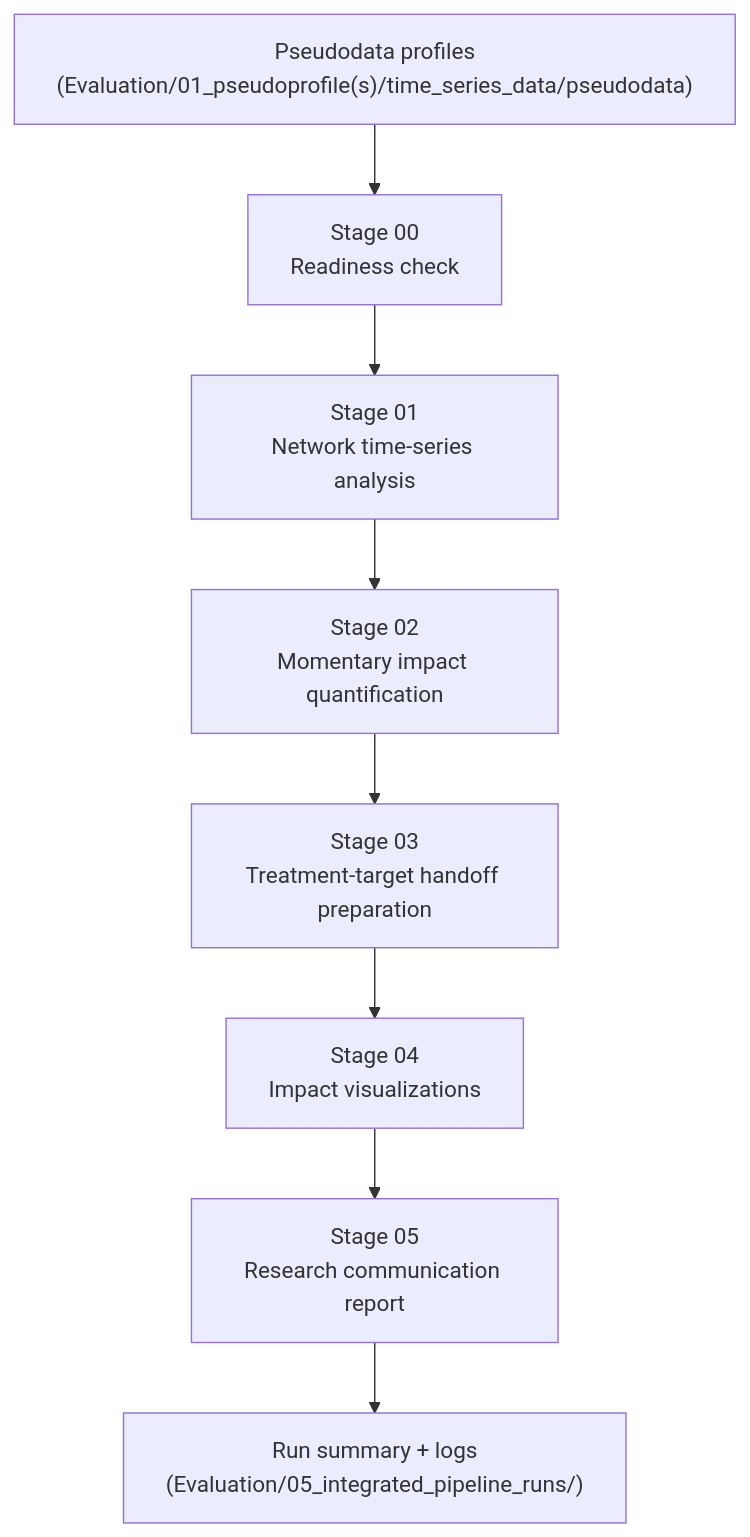
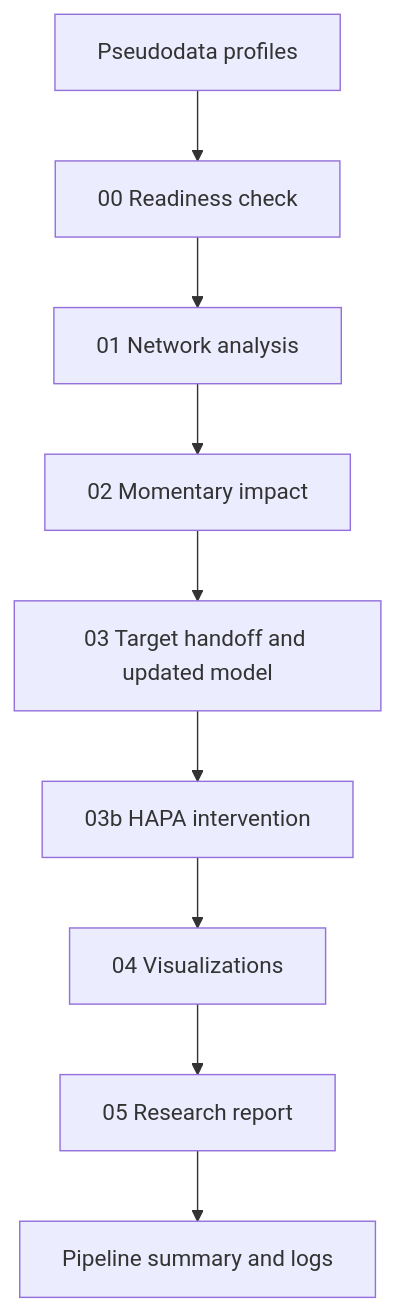
The diagram in Evaluation/00_pipeline_orchestration/README.md (stvsever/ThesisMaster), drawn with Mermaid before and after one commit. The commit also changed other lines of this file and 14 other files, not shown here.

````diff
--- a/Evaluation/00_pipeline_orchestration/README.md
+++ b/Evaluation/00_pipeline_orchestration/README.md
@@ -12,10 +12,11 @@
 ```mermaid
 flowchart TD
-    A["Pseudodata profiles\n(Evaluation/01_pseudoprofile(s)/time_series_data/pseudodata)"] --> B["Stage 00\nReadiness check"]
-    B --> C["Stage 01\nNetwork time-series analysis"]
-    C --> D["Stage 02\nMomentary impact quantification"]
-    D --> E["Stage 03\nTreatment-target handoff preparation"]
-    E --> F["Stage 04\nImpact visualizations"]
-    F --> G["Stage 05\nResearch communication report"]
-    G --> H["Run summary + logs\n(Evaluation/05_integrated_pipeline_runs/<run_id>)"]
+    A["Pseudodata profiles"] --> B["00 Readiness check"]
+    B --> C["01 Network analysis"]
+    C --> D["02 Momentary impact"]
+    D --> E["03 Target handoff and updated model"]
+    E --> F["03b HAPA intervention"]
+    F --> G["04 Visualizations"]
+    G --> H["05 Research report"]
+    H --> I["Pipeline summary and logs"]
 ```
````
